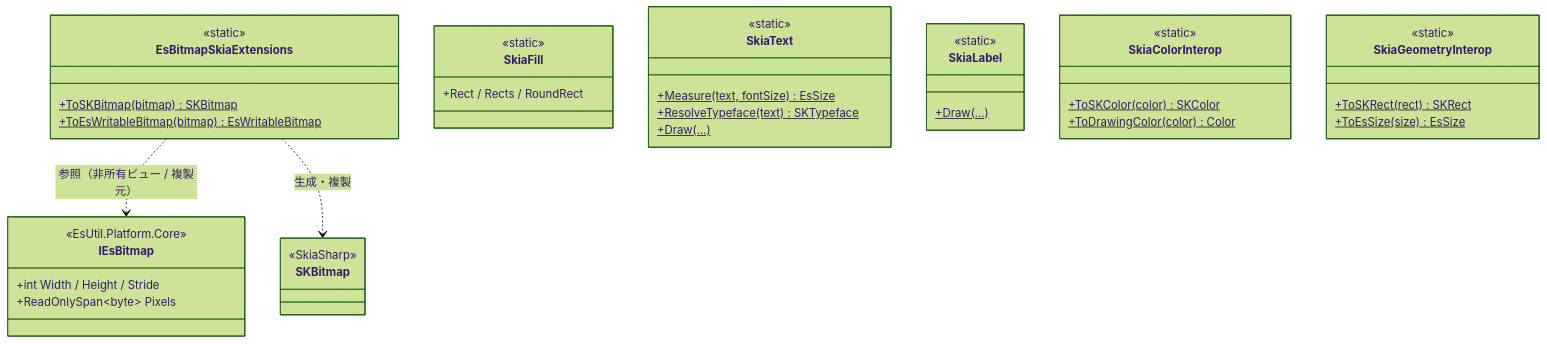
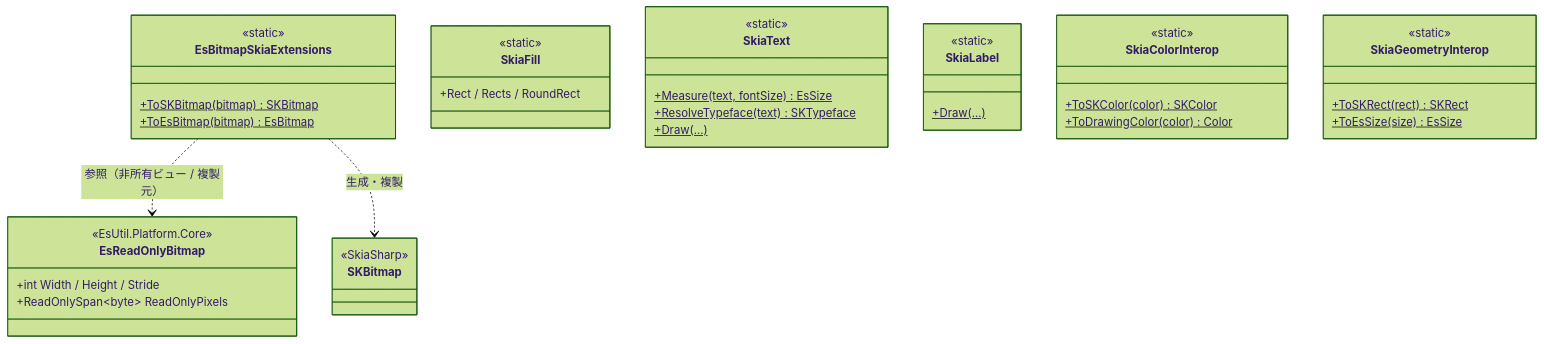
One commit to tomokuni/SaveEvidence changed the second of 4 diagrams in src/Platform.Skia/docs/SPEC_System.md. Above: the diagram before and after it, drawn with Mermaid (forest theme). The commit also changed other lines of this file and 41 other files, not shown here.

````diff
--- a/src/Platform.Skia/docs/SPEC_System.md
+++ b/src/Platform.Skia/docs/SPEC_System.md
@@ -81,43 +81,43 @@
 ```mermaid
 classDiagram
   class EsBitmapSkiaExtensions {
     <<static>>
     +ToSKBitmap(bitmap)$ SKBitmap
-    +ToEsWritableBitmap(bitmap)$ EsWritableBitmap
+    +ToEsBitmap(bitmap)$ EsBitmap
   }
   class SkiaFill {
     <<static>>
     +Rect / Rects / RoundRect
   }
   class SkiaText {
     <<static>>
     +Measure(text, fontSize)$ EsSize
     +ResolveTypeface(text)$ SKTypeface
     +Draw(...)$
   }
   class SkiaLabel {
     <<static>>
     +Draw(...)$
   }
   class SkiaColorInterop {
     <<static>>
     +ToSKColor(color)$ SKColor
     +ToDrawingColor(color)$ Color
   }
   class SkiaGeometryInterop {
     <<static>>
     +ToSKRect(rect)$ SKRect
     +ToEsSize(size)$ EsSize
   }
-  class IEsBitmap {
+  class EsReadOnlyBitmap {
     <<EsUtil.Platform.Core>>
     +int Width / Height / Stride
-    +ReadOnlySpan~byte~ Pixels
+    +ReadOnlySpan~byte~ ReadOnlyPixels
   }
   class SKBitmap {
     <<SkiaSharp>>
   }
 
-  EsBitmapSkiaExtensions ..> IEsBitmap : 参照（非所有ビュー / 複製元）
+  EsBitmapSkiaExtensions ..> EsReadOnlyBitmap : 参照（非所有ビュー / 複製元）
   EsBitmapSkiaExtensions ..> SKBitmap : 生成・複製
 ```
````
